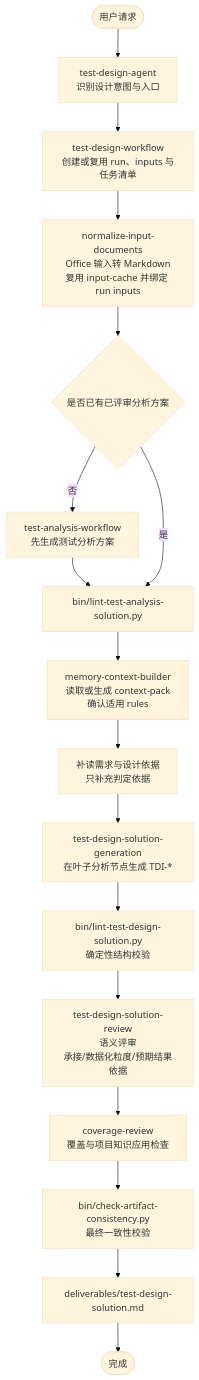
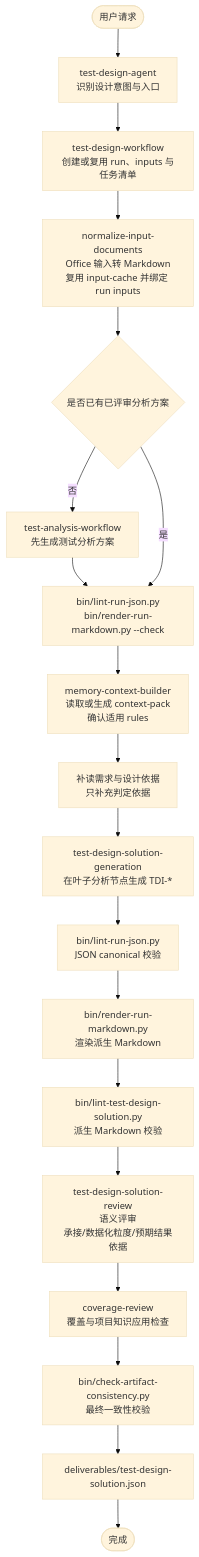
One commit to szluoqy-byte/Test-Analysis-Agent-MM changed the diagram in docs/test-design-agent-design.md. Above: the diagram before and after it, drawn with Mermaid (base theme). The commit also changed other lines of this file and 121 other files, not shown here.

Commit message:
Implement JSON canonical run artifacts

````diff
--- a/docs/test-design-agent-design.md
+++ b/docs/test-design-agent-design.md
@@ -83,20 +83,22 @@
 ```mermaid
 flowchart TD
   start(["用户请求"])
   start --> agent["test-design-agent<br/>识别设计意图与入口"]
   agent --> main["test-design-workflow<br/>创建或复用 run、inputs 与任务清单"]
   main --> normalize["normalize-input-documents<br/>Office 输入转 Markdown<br/>复用 input-cache 并绑定 run inputs"]
   normalize --> hasAnalysis{"是否已有已评审分析方案"}
   hasAnalysis -- 否 --> analysis["test-analysis-workflow<br/>先生成测试分析方案"]
-  analysis --> analysisCheck["bin/lint-test-analysis-solution.py"]
+  analysis --> analysisCheck["bin/lint-run-json.py<br/>bin/render-run-markdown.py --check"]
   hasAnalysis -- 是 --> analysisCheck
   analysisCheck --> ctx["memory-context-builder<br/>读取或生成 context-pack<br/>确认适用 rules"]
   ctx --> basis["补读需求与设计依据<br/>只补充判定依据"]
   basis --> generation["test-design-solution-generation<br/>在叶子分析节点生成 TDI-*"]
-  generation --> lint["bin/lint-test-design-solution.py<br/>确定性结构校验"]
+  generation --> jsonLint["bin/lint-run-json.py<br/>JSON canonical 校验"]
+  jsonLint --> render["bin/render-run-markdown.py<br/>渲染派生 Markdown"]
+  render --> lint["bin/lint-test-design-solution.py<br/>派生 Markdown 校验"]
   lint --> review["test-design-solution-review<br/>语义评审<br/>承接/数据化粒度/预期结果依据"]
   review --> coverage["coverage-review<br/>覆盖与项目知识应用检查"]
   coverage --> consistency["bin/check-artifact-consistency.py<br/>最终一致性校验"]
-  consistency --> output["deliverables/test-design-solution.md"]
+  consistency --> output["deliverables/test-design-solution.json"]
   output --> finish(["完成"])
 ```
````
